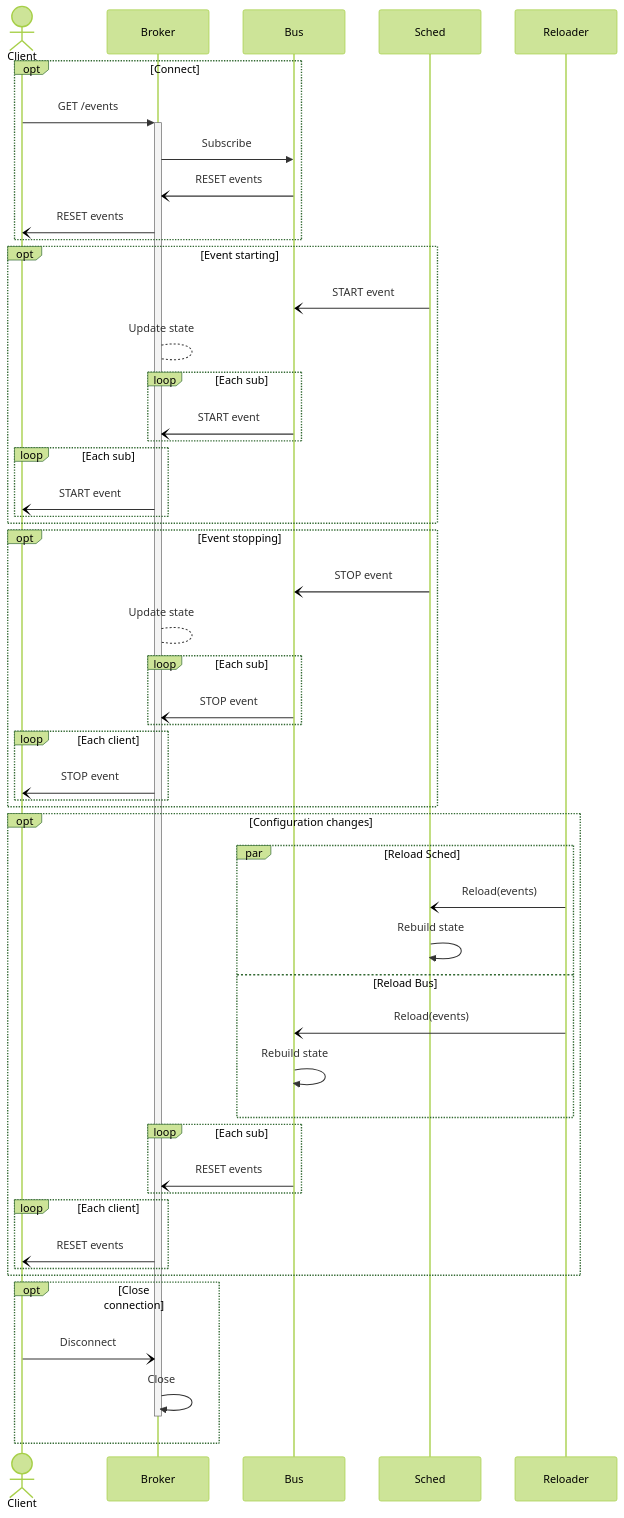
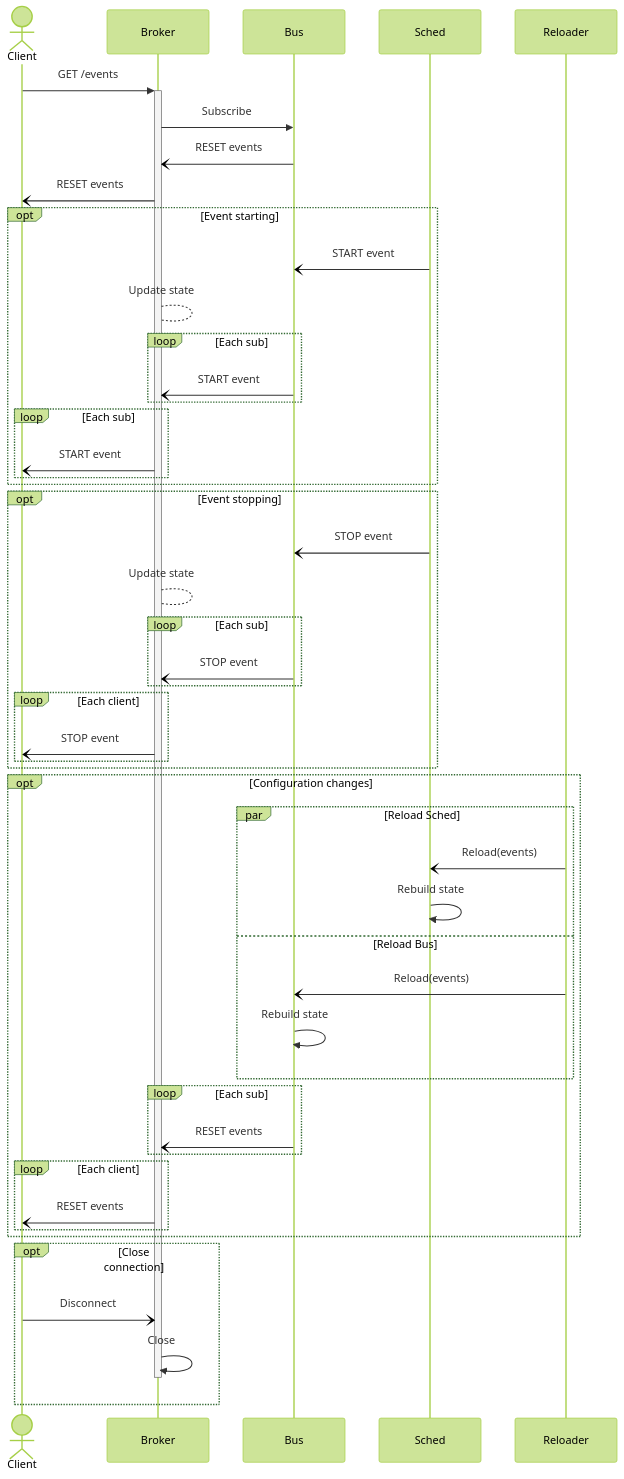
One commit to bsid-es/steven changed the diagram in README.md. Above: the diagram before and after it, drawn with Mermaid (forest theme). The commit also changed 1 other file, not shown here.

Commit message:
docs: remove opt from connect event

````diff
--- a/README.md
+++ b/README.md
@@ -100,59 +100,57 @@
 ```mermaid
 sequenceDiagram
 
 actor Client
 participant Broker
 participant Bus
 participant Sched
 participant Reloader
 
-opt Connect
-	Client->>+Broker: GET /events
-	Broker->>Bus: Subscribe
-	Bus-)Broker: RESET events
-	Broker-)Client: RESET events
-end
+Client->>+Broker: GET /events
+Broker->>Bus: Subscribe
+Bus-)Broker: RESET events
+Broker-)Client: RESET events
 
 opt Event starting
 	Sched-)Bus: START event
 	Broker-->Broker: Update state
 	loop Each sub
 		Bus-)Broker: START event
 	end
 	loop Each sub
 		Broker-)Client: START event
 	end
 end
 
 opt Event stopping
 	Sched-)Bus: STOP event
 	Broker-->Broker: Update state
 	loop Each sub
 		Bus-)Broker: STOP event
 	end
 	loop Each client
 		Broker-)Client: STOP event
 	end
 end
 
 opt Configuration changes
 	par Reload Sched
 		Reloader-)Sched: Reload(events)
 		Sched->>Sched: Rebuild state
 	and Reload Bus
 		Reloader-)Bus: Reload(events)
 		Bus->>Bus: Rebuild state
 	end
 	loop Each sub
 		Bus-)Broker: RESET events
 	end
 	loop Each client
 		Broker-)Client: RESET events
 	end
 end
 
 opt Close connection
 Client-)Broker: Disconnect
 Broker->>-Broker: Close
 end
 ```
````
